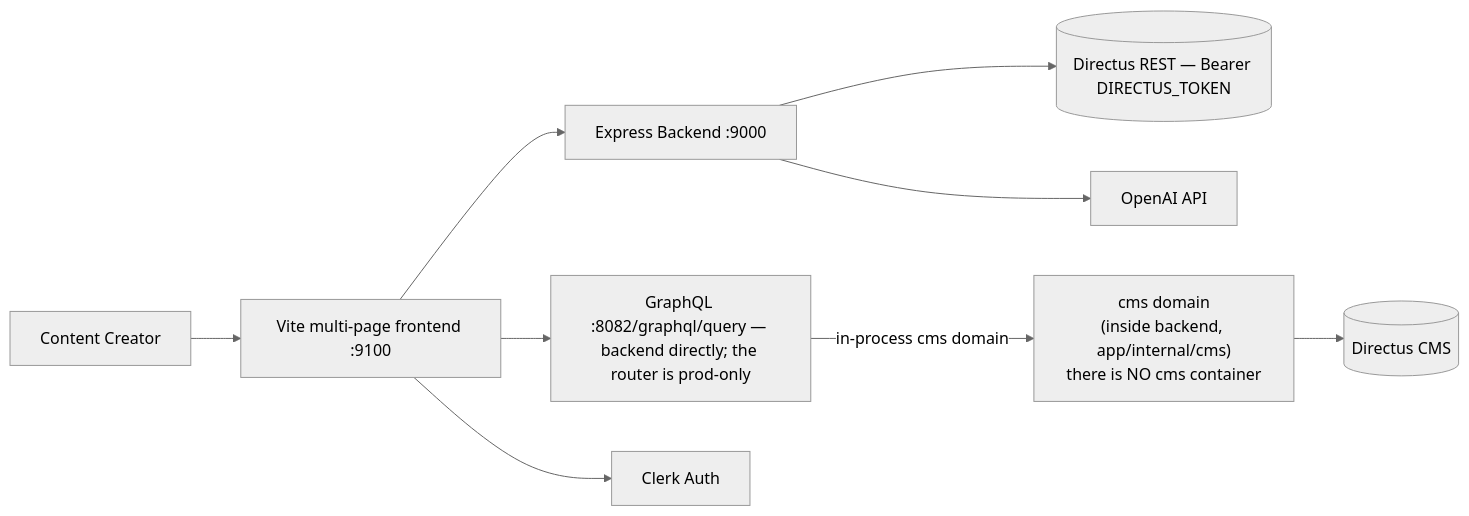
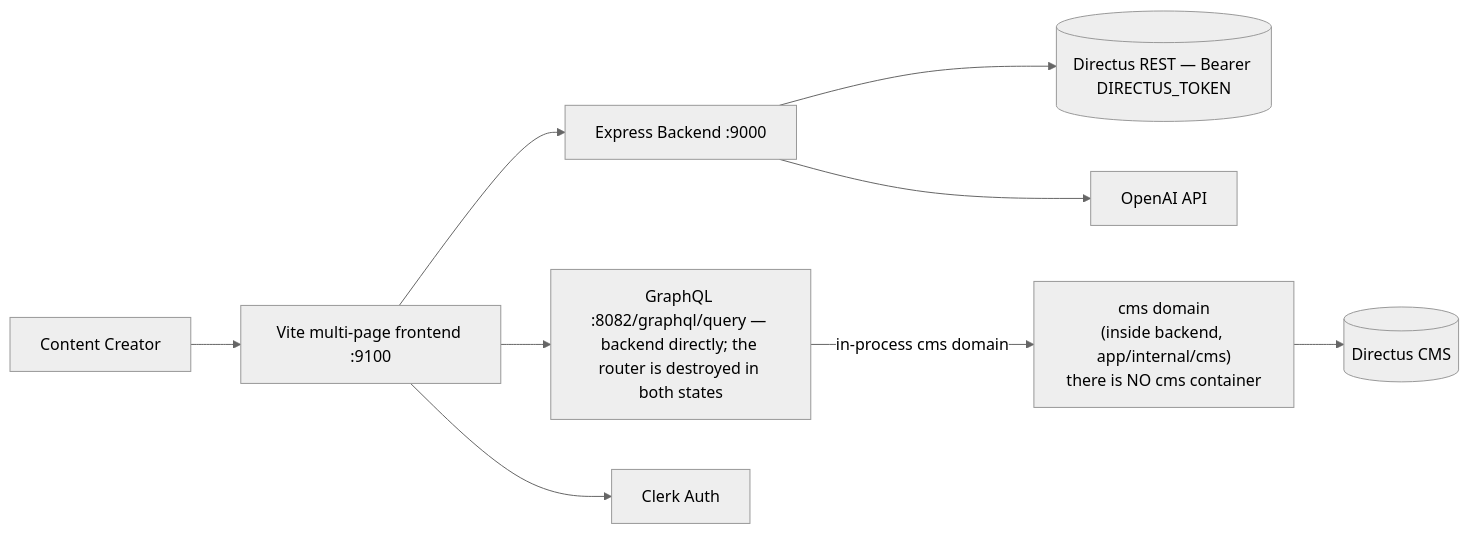
One commit to anthropos-work/rosetta changed the diagram in corpus/services/studio-desk.md. Above: the diagram before and after it, drawn with Mermaid (neutral theme). The commit also changed other lines of this file and 15 other files, not shown here.

````diff
--- a/corpus/services/studio-desk.md
+++ b/corpus/services/studio-desk.md
@@ -55,11 +55,11 @@
 ```mermaid
 graph LR
     User[Content Creator] --> Frontend[Vite multi-page frontend :9100]
     Frontend --> Backend[Express Backend :9000]
-    Frontend --> GraphQL[GraphQL :8082/graphql/query — backend directly; the router is prod-only]
+    Frontend --> GraphQL[GraphQL :8082/graphql/query — backend directly; the router is destroyed in both states]
     Backend --> DirectusREST[(Directus REST — Bearer DIRECTUS_TOKEN)]
     Backend --> OpenAI[OpenAI API]
     Frontend --> Clerk[Clerk Auth]
     GraphQL -->|in-process cms domain| CMS["cms domain<br/>(inside backend, app/internal/cms)<br/>there is NO cms container"]
     CMS --> Directus[(Directus CMS)]
 ```
````
